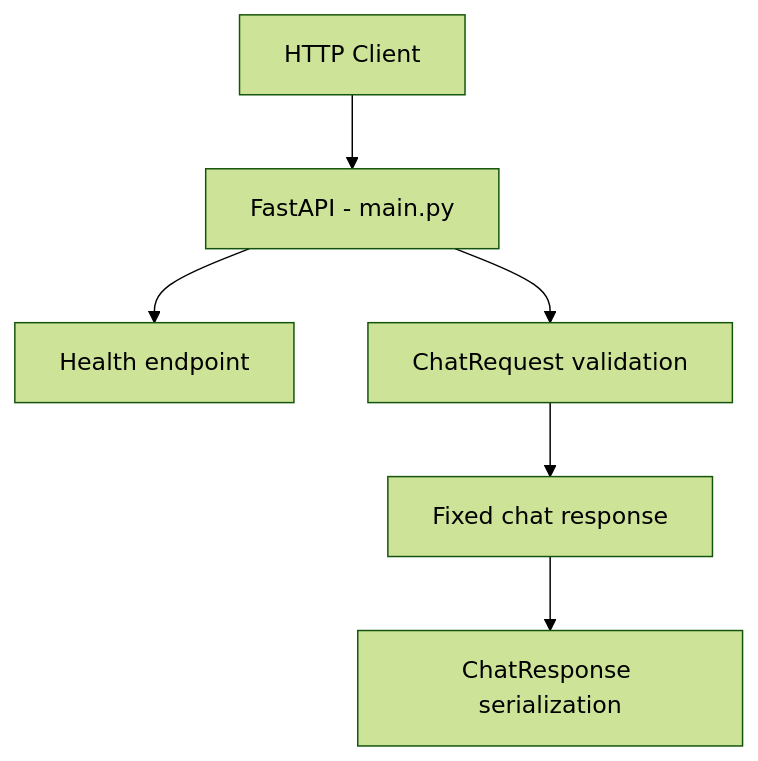
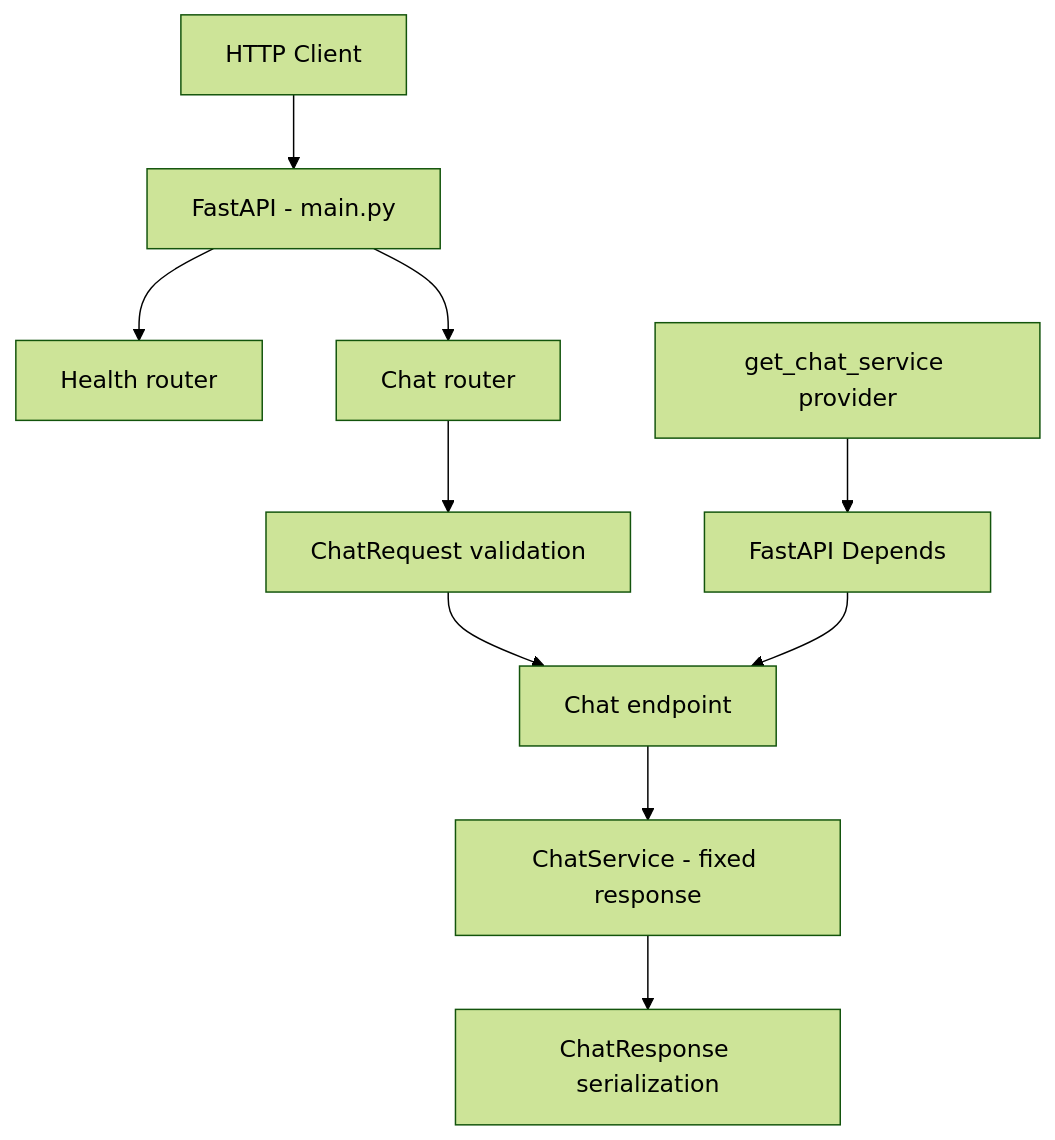
Before and after one commit to JesseJestem/SupportOps-RAG-Agent: the first of 2 diagrams in README.md, drawn with Mermaid (forest theme). The commit also changed other lines of this file, not shown here.

````diff
--- a/README.md
+++ b/README.md
@@ -185,8 +194,12 @@
 ```mermaid
 flowchart TD
     Client[HTTP Client] --> API[FastAPI - main.py]
-    API --> Health[Health endpoint]
-    API --> Request[ChatRequest validation]
-    Request --> Stub[Fixed chat response]
-    Stub --> Response[ChatResponse serialization]
+    API --> Health[Health router]
+    API --> Chat[Chat router]
+    Chat --> Request[ChatRequest validation]
+    Request --> Handler[Chat endpoint]
+    Provider[get_chat_service provider] --> DI[FastAPI Depends]
+    DI --> Handler
+    Handler --> Service[ChatService - fixed response]
+    Service --> Response[ChatResponse serialization]
 ```
````
